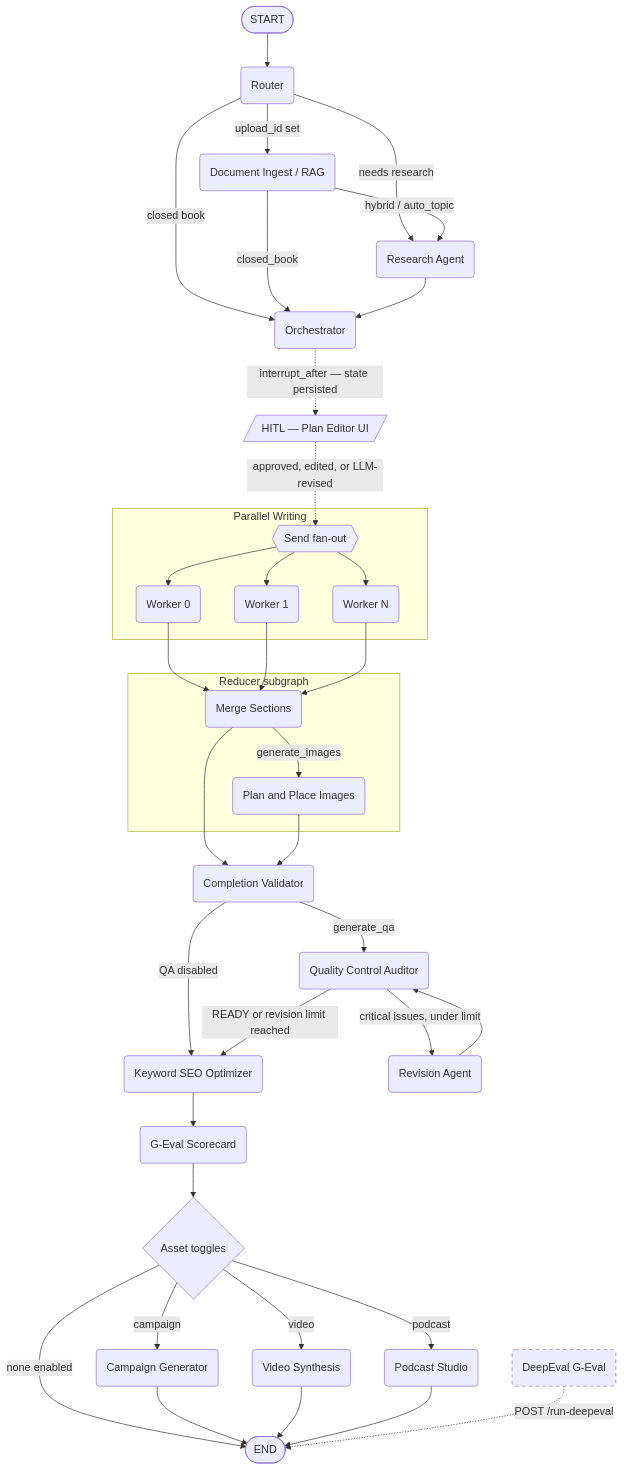
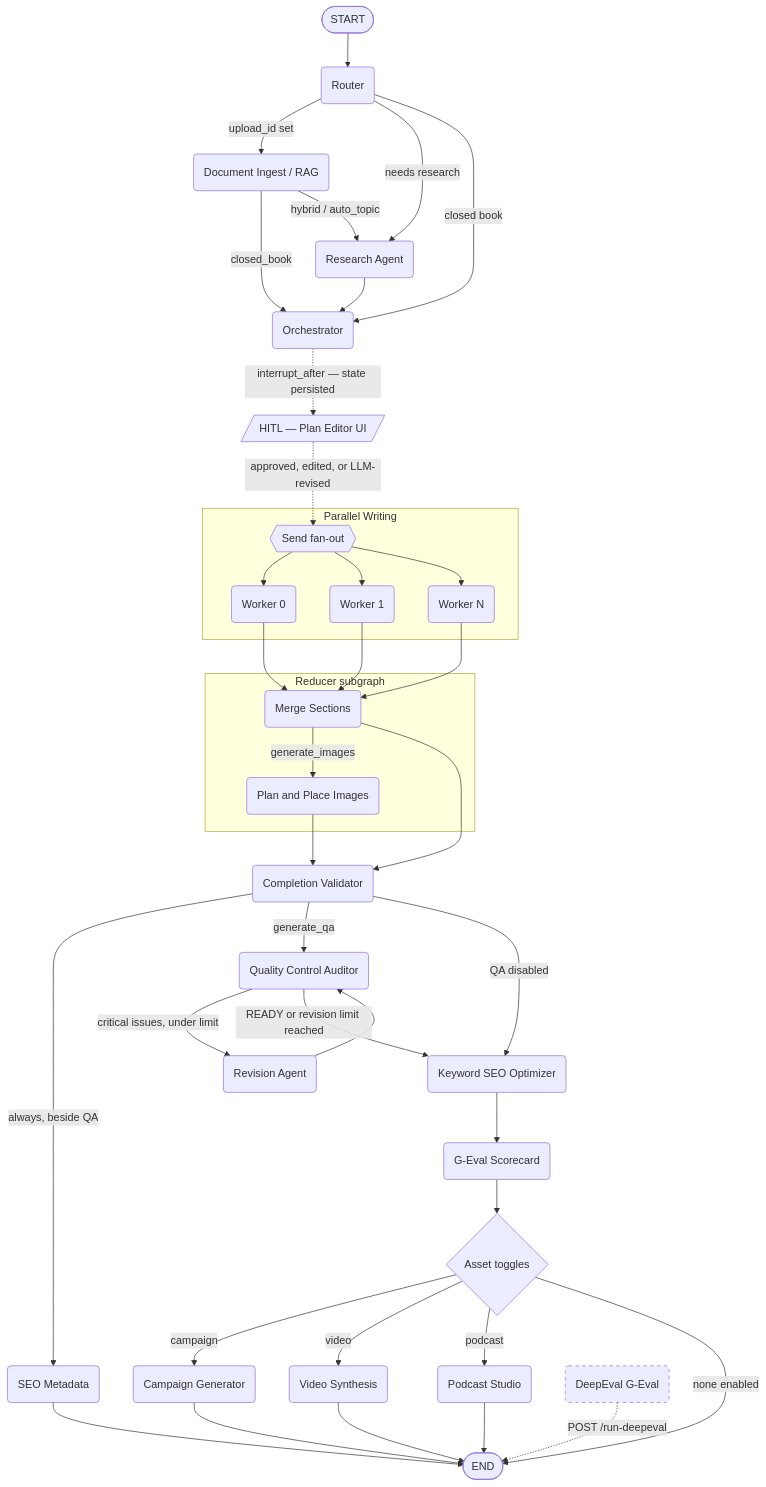
Before and after one commit to Shah-123/Ai-Content-Facotry: the diagram in readme.md, drawn with Mermaid. The commit also changed other lines of this file and 7 other files, not shown here.

First line of the commit message:
perf(graph): generate SEO metadata beside QA instead of inside the merge

````diff
--- a/readme.md
+++ b/readme.md
@@ -43,52 +43,54 @@
 ```mermaid
 graph TD
     START([START]) --> B(Router)
 
     B -->|upload_id set| ING(Document Ingest / RAG)
     B -->|needs research| C(Research Agent)
     B -->|closed book| D(Orchestrator)
     ING -->|closed_book| D
     ING -->|hybrid / auto_topic| C
     C --> D
 
     D -.->|"interrupt_after — state persisted"| E[/"HITL — Plan Editor UI"/]
     E -.->|"approved, edited, or LLM-revised"| F{{Send fan-out}}
 
     subgraph PAR [Parallel Writing]
         F --> G0(Worker 0)
         F --> G1(Worker 1)
         F --> GN(Worker N)
     end
 
     G0 --> H
     G1 --> H
     GN --> H
 
     subgraph RED [Reducer subgraph]
         H(Merge Sections) -->|generate_images| H2("Plan and Place Images")
     end
 
     H --> CV(Completion Validator)
     H2 --> CV
 
+    CV -->|"always, beside QA"| SEO(SEO Metadata)
+    SEO --> Z
     CV -->|generate_qa| I(Quality Control Auditor)
     CV -->|QA disabled| K
     I -->|"critical issues, under limit"| J(Revision Agent)
     J --> I
     I -->|"READY or revision limit reached"| K(Keyword SEO Optimizer)
 
     K --> P(G-Eval Scorecard)
 
     P --> L{Asset toggles}
     L -->|campaign| M(Campaign Generator)
     L -->|video| N(Video Synthesis)
     L -->|podcast| O(Podcast Studio)
     L -->|none enabled| Z
 
     M --> Z([END])
     N --> Z
     O --> Z
 
     DE(DeepEval G-Eval):::ondemand -.->|"POST /run-deepeval"| Z
     classDef ondemand stroke-dasharray: 5 5
 ```
````
